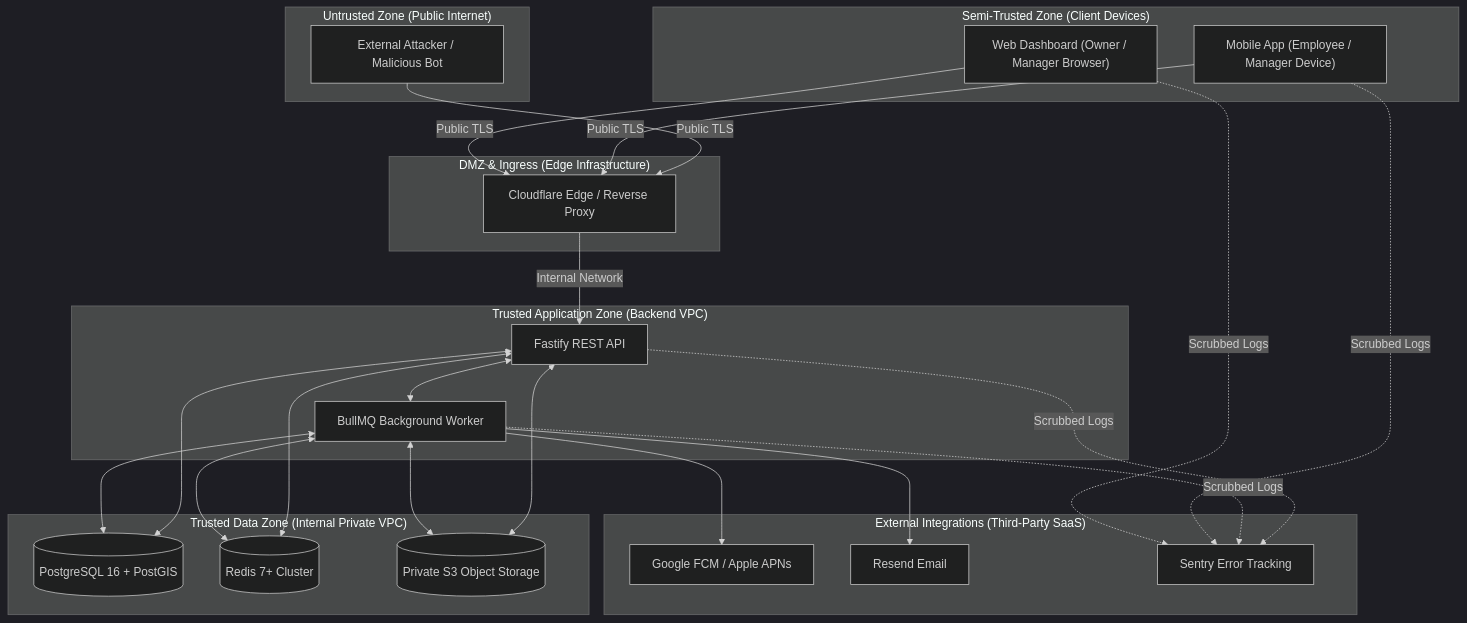
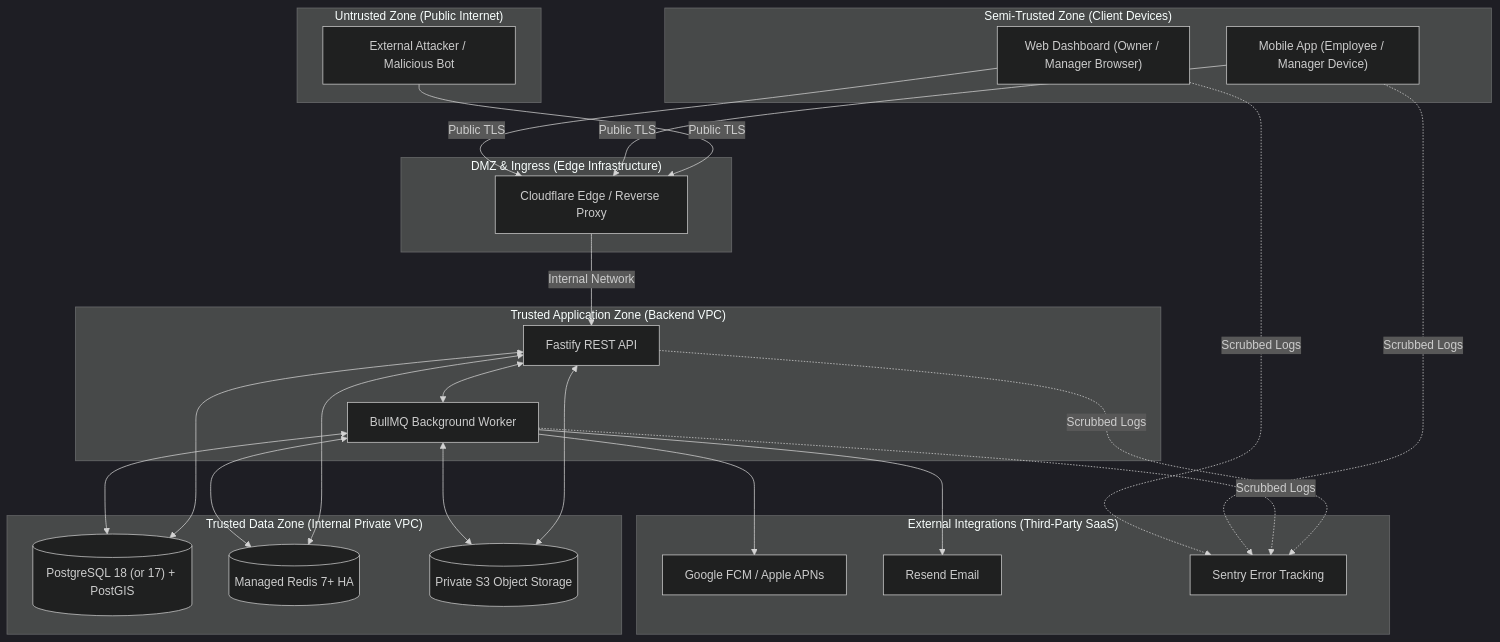
One commit to djsushilkumar/oprino changed the diagram in docs/architecture/THREAT-MODEL.md. Above: the diagram before and after it, drawn with Mermaid (dark theme). The commit also changed other lines of this file and 151 other files, not shown here.

Commit message:
chore: freeze Flutter architecture and Phase 01B baseline

````diff
--- a/docs/architecture/THREAT-MODEL.md
+++ b/docs/architecture/THREAT-MODEL.md
@@ -15,38 +15,38 @@
 ```mermaid
 flowchart TD
     subgraph Zone0["Untrusted Zone (Public Internet)"]
         ATTACKER["External Attacker / Malicious Bot"]
     end
 
     subgraph Zone1["Semi-Trusted Zone (Client Devices)"]
         MOBILE["Mobile App (Employee / Manager Device)"]
         BROWSER["Web Dashboard (Owner / Manager Browser)"]
     end
 
     subgraph Zone2["DMZ & Ingress (Edge Infrastructure)"]
         WAF["Cloudflare Edge / Reverse Proxy"]
     end
 
     subgraph Zone3["Trusted Application Zone (Backend VPC)"]
         API["Fastify REST API"]
         WORKER["BullMQ Background Worker"]
     end
 
     subgraph Zone4["Trusted Data Zone (Internal Private VPC)"]
-        PG[("PostgreSQL 16 + PostGIS")]
-        REDIS[("Redis 7+ Cluster")]
+        PG[("PostgreSQL 18 (or 17) + PostGIS")]
+        REDIS[("Managed Redis 7+ HA")]
         S3[("Private S3 Object Storage")]
     end
 
     subgraph Zone5["External Integrations (Third-Party SaaS)"]
         FCM["Google FCM / Apple APNs"]
         RESEND["Resend Email"]
         SENTRY["Sentry Error Tracking"]
     end
 
     ATTACKER & MOBILE & BROWSER -->|Public TLS| WAF -->|Internal Network| API
     API <--> WORKER
     API & WORKER <--> PG & REDIS & S3
     WORKER --> FCM & RESEND
     API & WORKER & MOBILE & BROWSER -.->|Scrubbed Logs| SENTRY
 ```
````
